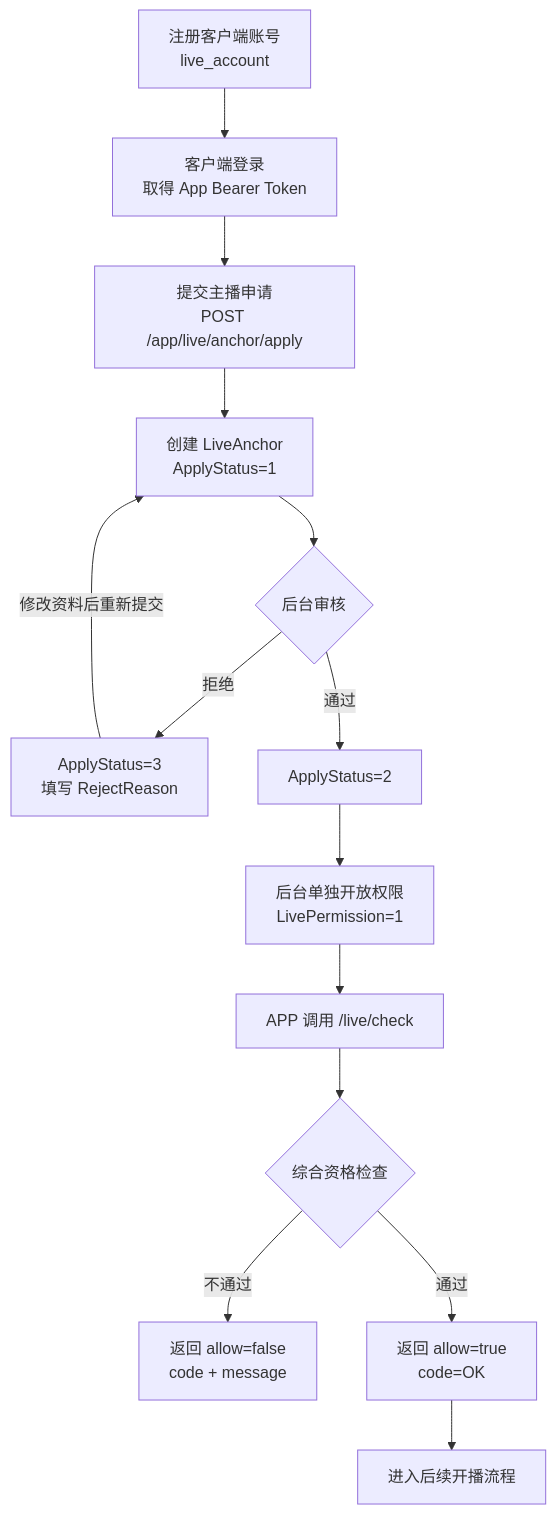
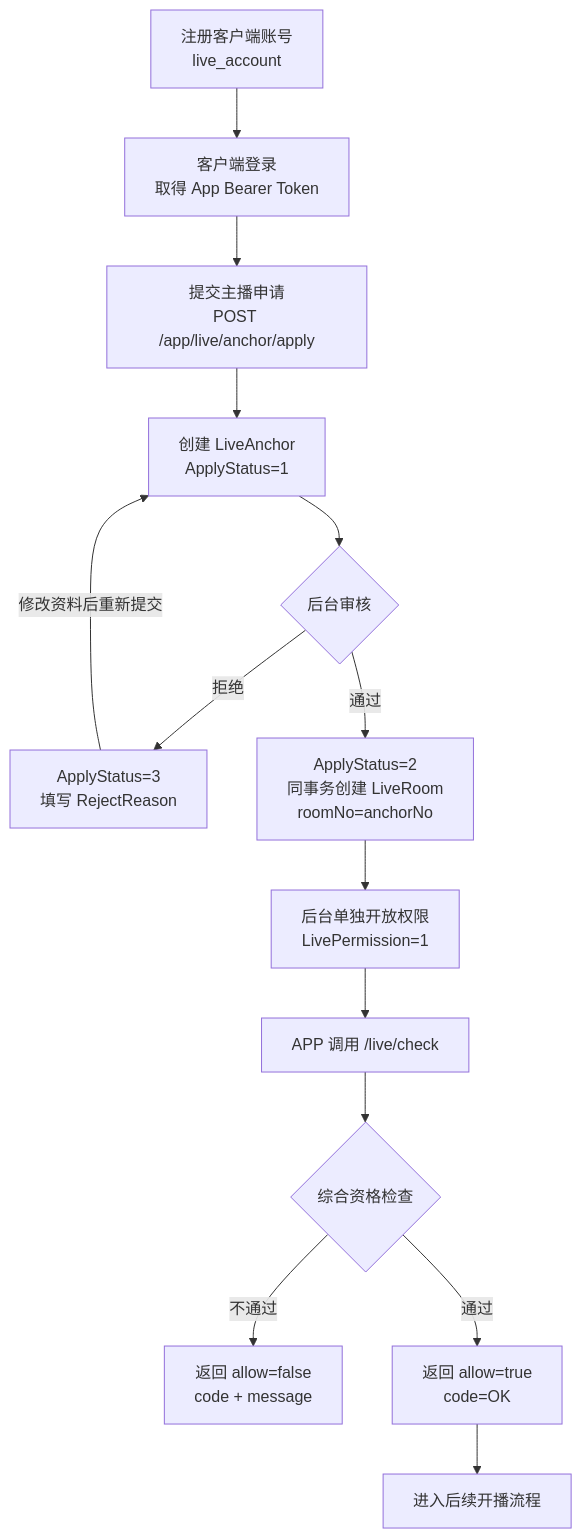
One commit to TabbyCute/live-gin-vue-admin changed the diagram in documents/主播身份说明.md. Above: the diagram before and after it, drawn with Mermaid. The commit also changed other lines of this file and 56 other files, not shown here.

````diff
--- a/documents/主播身份说明.md
+++ b/documents/主播身份说明.md
@@ -213,16 +282,16 @@
 ```mermaid
 flowchart TD
     A[注册客户端账号<br/>live_account] --> B[客户端登录<br/>取得 App Bearer Token]
     B --> C[提交主播申请<br/>POST /app/live/anchor/apply]
     C --> D[创建 LiveAnchor<br/>ApplyStatus=1]
     D --> E{后台审核}
     E -->|拒绝| F[ApplyStatus=3<br/>填写 RejectReason]
     F -->|修改资料后重新提交| D
-    E -->|通过| G[ApplyStatus=2]
+    E -->|通过| G[ApplyStatus=2<br/>同事务创建 LiveRoom<br/>roomNo=anchorNo]
     G --> H[后台单独开放权限<br/>LivePermission=1]
     H --> I[APP 调用 /live/check]
     I --> J{综合资格检查}
     J -->|不通过| K[返回 allow=false<br/>code + message]
     J -->|通过| L[返回 allow=true<br/>code=OK]
     L --> M[进入后续开播流程]
 ```
````
